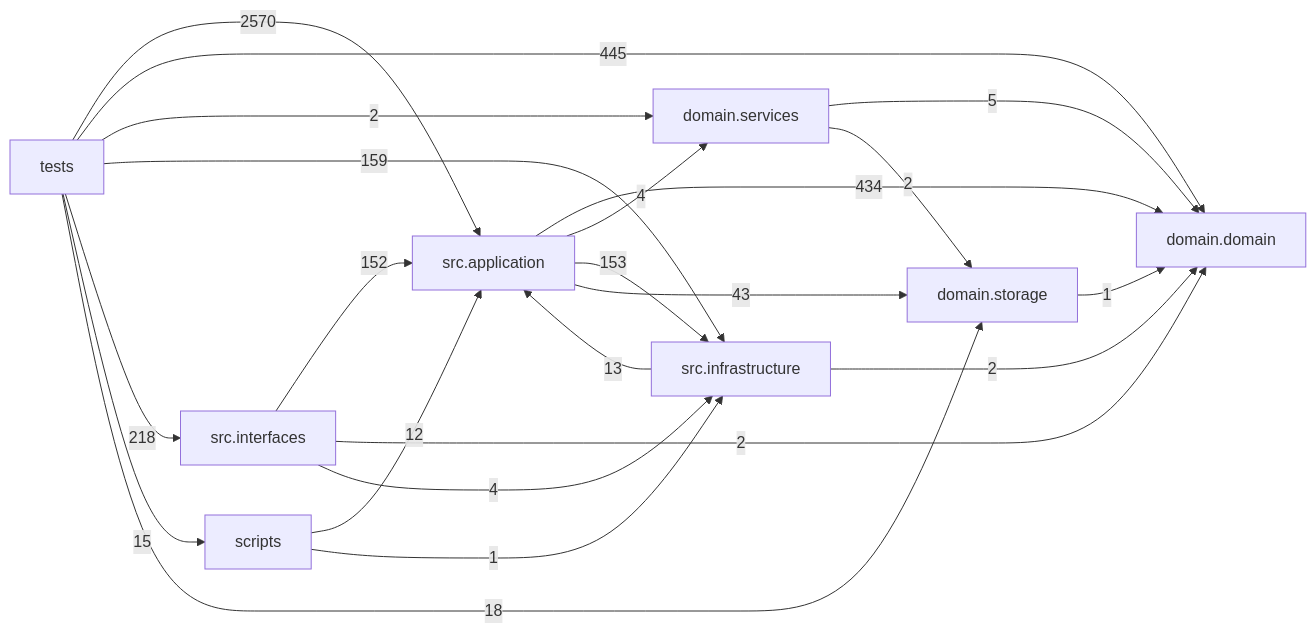
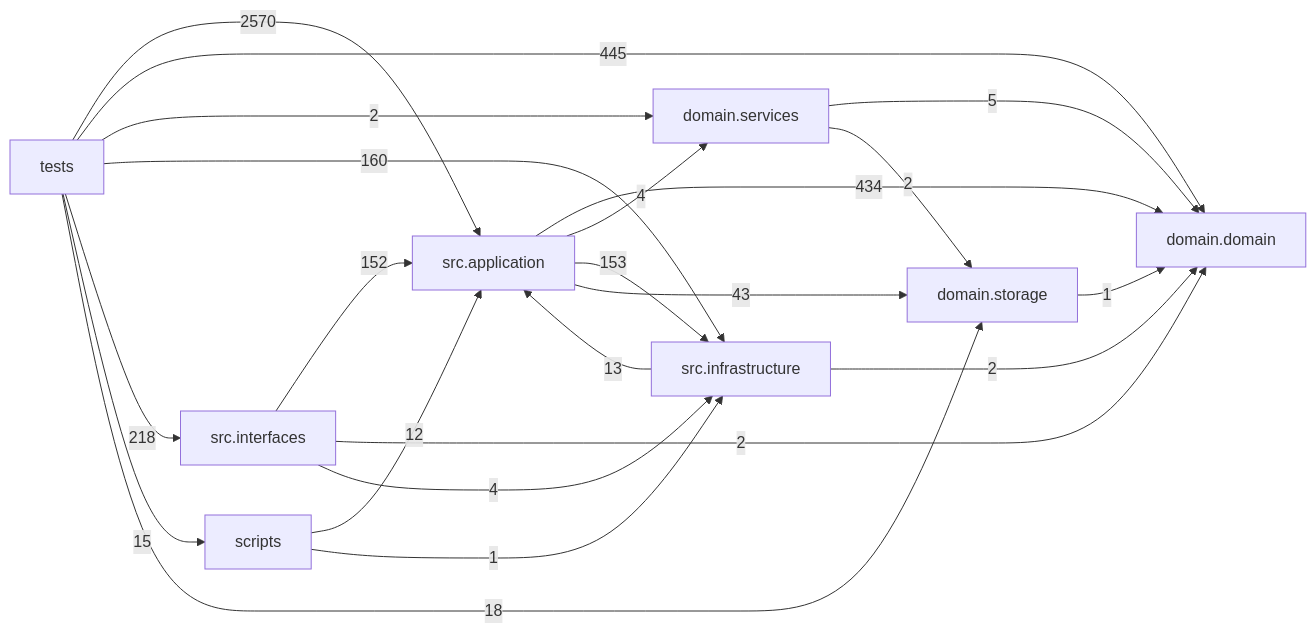
The diagram in docs/DEPENDENCY_GRAPH.md (liuxie066/options-monitor), drawn with Mermaid before and after one commit. The commit also changed other lines of this file, not shown here.

Commit message:
docs(security): refresh dependency graph for Keychain PTY

````diff
--- a/docs/DEPENDENCY_GRAPH.md
+++ b/docs/DEPENDENCY_GRAPH.md
@@ -24,32 +24,32 @@
 ```mermaid
 flowchart LR
   tests["tests"]
   scripts["scripts"]
   interfaces["src.interfaces"]
   application["src.application"]
   infrastructure["src.infrastructure"]
   domain_services["domain.services"]
   domain["domain.domain"]
   storage["domain.storage"]
   application -->|434| domain
   application -->|4| domain_services
   application -->|153| infrastructure
   application -->|43| storage
   domain_services -->|5| domain
   domain_services -->|2| storage
   infrastructure -->|13| application
   infrastructure -->|2| domain
   interfaces -->|152| application
   interfaces -->|2| domain
   interfaces -->|4| infrastructure
   scripts -->|12| application
   scripts -->|1| infrastructure
   storage -->|1| domain
   tests -->|2570| application
   tests -->|445| domain
   tests -->|2| domain_services
-  tests -->|159| infrastructure
+  tests -->|160| infrastructure
   tests -->|218| interfaces
   tests -->|15| scripts
   tests -->|18| storage
 ```
````
